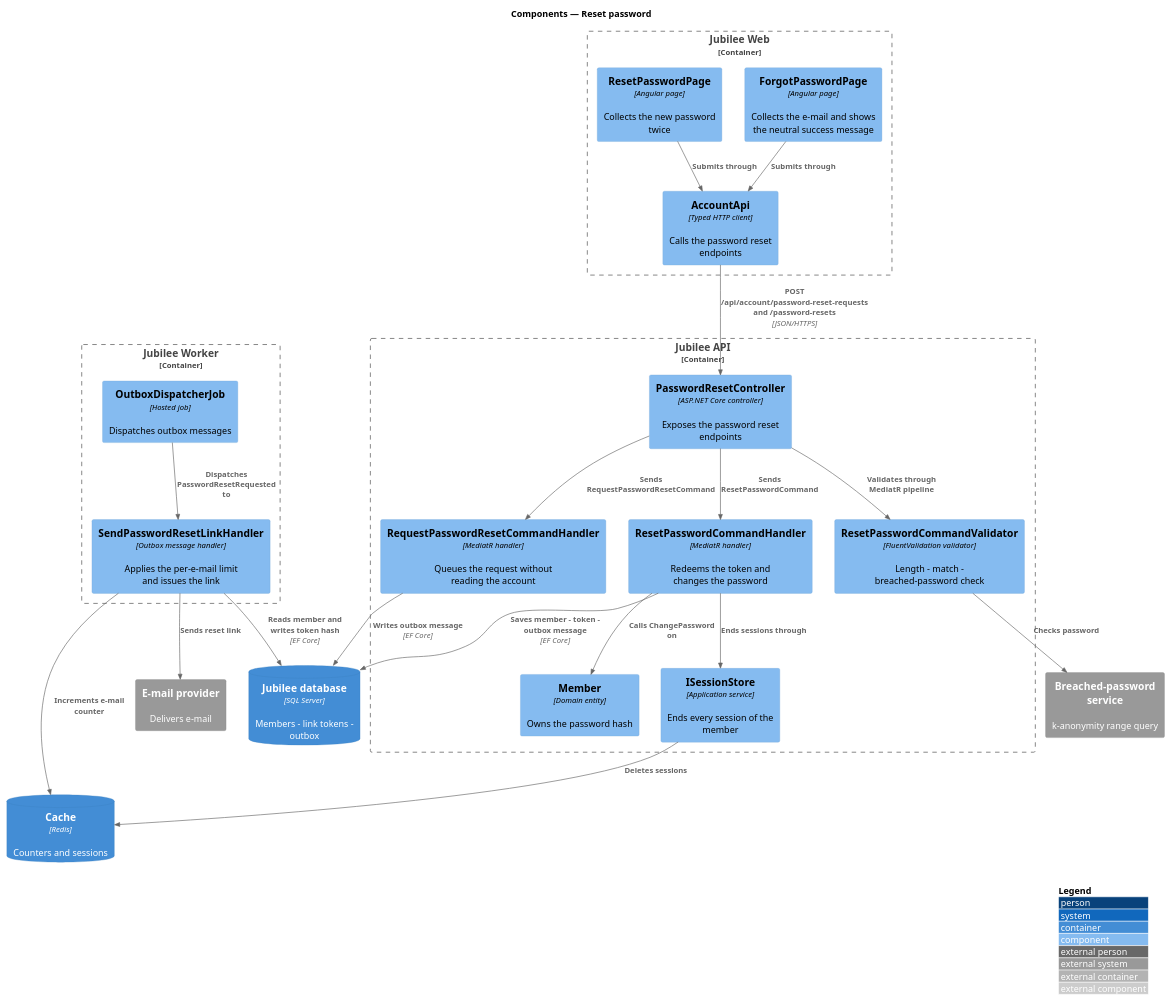
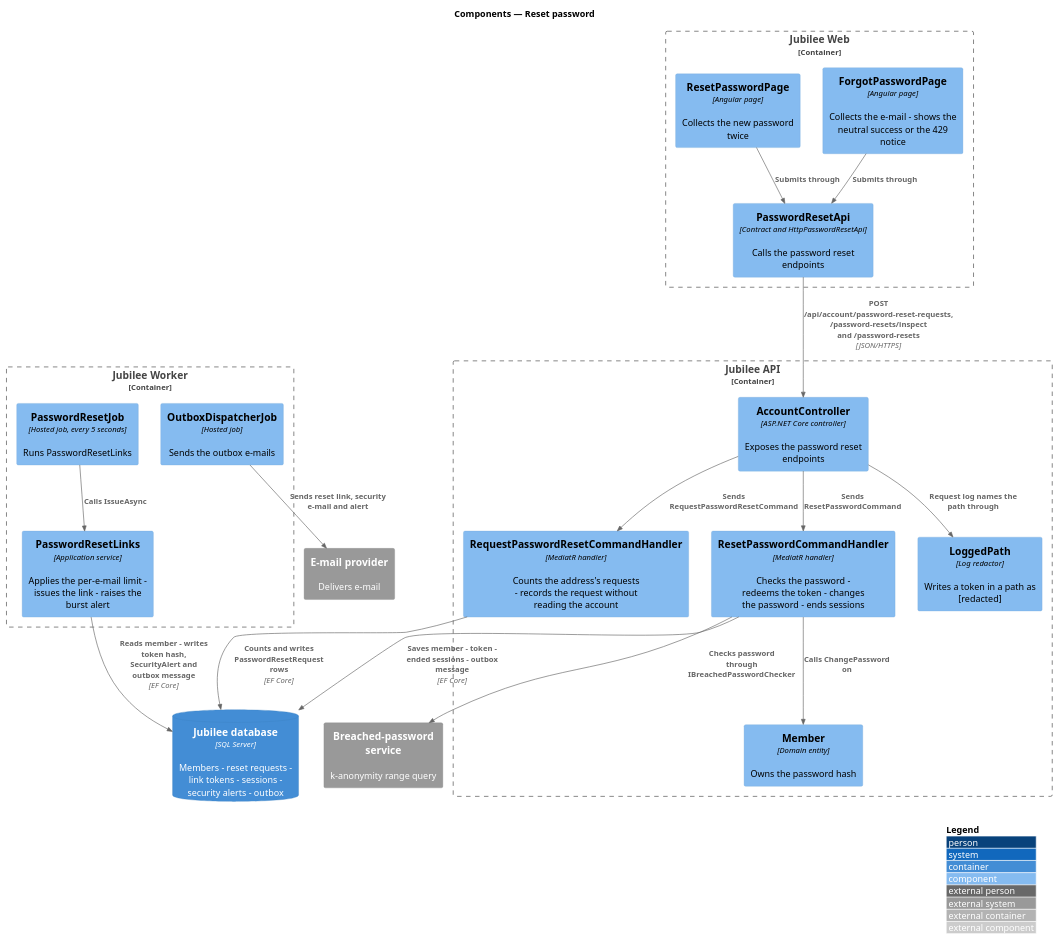
Before and after one commit to QuinntyneBrown/jubilee: the diagram in docs/detailed-designs/accounts/reset-password/diagrams/c4-component.puml, drawn with PlantUML. The commit also changed 17 other files, not shown here.

First line of the commit message:
Journey 18: requirements, ADR 0064 and designs for the reset limit, token logs, timing and burst alert

```diff
--- a/docs/detailed-designs/accounts/reset-password/diagrams/c4-component.puml
+++ b/docs/detailed-designs/accounts/reset-password/diagrams/c4-component.puml
@@ -1,44 +1,40 @@
 @startuml
 !include <C4/C4_Component>
 LAYOUT_WITH_LEGEND()
 title Components — Reset password
 
 Container_Boundary(web, "Jubilee Web") {
-  Component(forgot, "ForgotPasswordPage", "Angular page", "Collects the e-mail and shows the neutral success message")
+  Component(forgot, "ForgotPasswordPage", "Angular page", "Collects the e-mail - shows the neutral success or the 429 notice")
   Component(reset, "ResetPasswordPage", "Angular page", "Collects the new password twice")
-  Component(client, "AccountApi", "Typed HTTP client", "Calls the password reset endpoints")
+  Component(client, "PasswordResetApi", "Contract and HttpPasswordResetApi", "Calls the password reset endpoints")
 }
 Container_Boundary(api, "Jubilee API") {
-  Component(ctrl, "PasswordResetController", "ASP.NET Core controller", "Exposes the password reset endpoints")
-  Component(request, "RequestPasswordResetCommandHandler", "MediatR handler", "Queues the request without reading the account")
-  Component(apply, "ResetPasswordCommandHandler", "MediatR handler", "Redeems the token and changes the password")
-  Component(validator, "ResetPasswordCommandValidator", "FluentValidation validator", "Length - match - breached-password check")
+  Component(ctrl, "AccountController", "ASP.NET Core controller", "Exposes the password reset endpoints")
+  Component(request, "RequestPasswordResetCommandHandler", "MediatR handler", "Counts the address's requests - records the request without reading the account")
+  Component(apply, "ResetPasswordCommandHandler", "MediatR handler", "Checks the password - redeems the token - changes the password - ends sessions")
   Component(member, "Member", "Domain entity", "Owns the password hash")
-  Component(sessions, "ISessionStore", "Application service", "Ends every session of the member")
+  Component(logged, "LoggedPath", "Log redactor", "Writes a token in a path as [redacted]")
 }
 Container_Boundary(worker, "Jubilee Worker") {
-  Component(job, "OutboxDispatcherJob", "Hosted job", "Dispatches outbox messages")
-  Component(send, "SendPasswordResetLinkHandler", "Outbox message handler", "Applies the per-e-mail limit and issues the link")
+  Component(job, "PasswordResetJob", "Hosted job, every 5 seconds", "Runs PasswordResetLinks")
+  Component(links, "PasswordResetLinks", "Application service", "Applies the per-e-mail limit - issues the link - raises the burst alert")
+  Component(outbox, "OutboxDispatcherJob", "Hosted job", "Sends the outbox e-mails")
 }
-ContainerDb(db, "Jubilee database", "SQL Server", "Members - link tokens - outbox")
-ContainerDb(cache, "Cache", "Redis", "Counters and sessions")
+ContainerDb(db, "Jubilee database", "SQL Server", "Members - reset requests - link tokens - sessions - security alerts - outbox")
 System_Ext(email, "E-mail provider", "Delivers e-mail")
 System_Ext(breach, "Breached-password service", "k-anonymity range query")
 
 Rel(forgot, client, "Submits through")
 Rel(reset, client, "Submits through")
-Rel(client, ctrl, "POST /api/account/password-reset-requests and /password-resets", "JSON/HTTPS")
+Rel(client, ctrl, "POST /api/account/password-reset-requests, /password-resets/inspect and /password-resets", "JSON/HTTPS")
 Rel(ctrl, request, "Sends RequestPasswordResetCommand")
 Rel(ctrl, apply, "Sends ResetPasswordCommand")
-Rel(ctrl, validator, "Validates through MediatR pipeline")
-Rel(validator, breach, "Checks password")
-Rel(request, db, "Writes outbox message", "EF Core")
+Rel(ctrl, logged, "Request log names the path through")
+Rel(apply, breach, "Checks password through IBreachedPasswordChecker")
+Rel(request, db, "Counts and writes PasswordResetRequest rows", "EF Core")
 Rel(apply, member, "Calls ChangePassword on")
-Rel(apply, sessions, "Ends sessions through")
-Rel(sessions, cache, "Deletes sessions")
-Rel(apply, db, "Saves member - token - outbox message", "EF Core")
-Rel(job, send, "Dispatches PasswordResetRequested to")
-Rel(send, cache, "Increments e-mail counter")
-Rel(send, db, "Reads member and writes token hash", "EF Core")
-Rel(send, email, "Sends reset link")
+Rel(apply, db, "Saves member - token - ended sessions - outbox message", "EF Core")
+Rel(job, links, "Calls IssueAsync")
+Rel(links, db, "Reads member - writes token hash, SecurityAlert and outbox message", "EF Core")
+Rel(outbox, email, "Sends reset link, security e-mail and alert")
 @enduml
```
